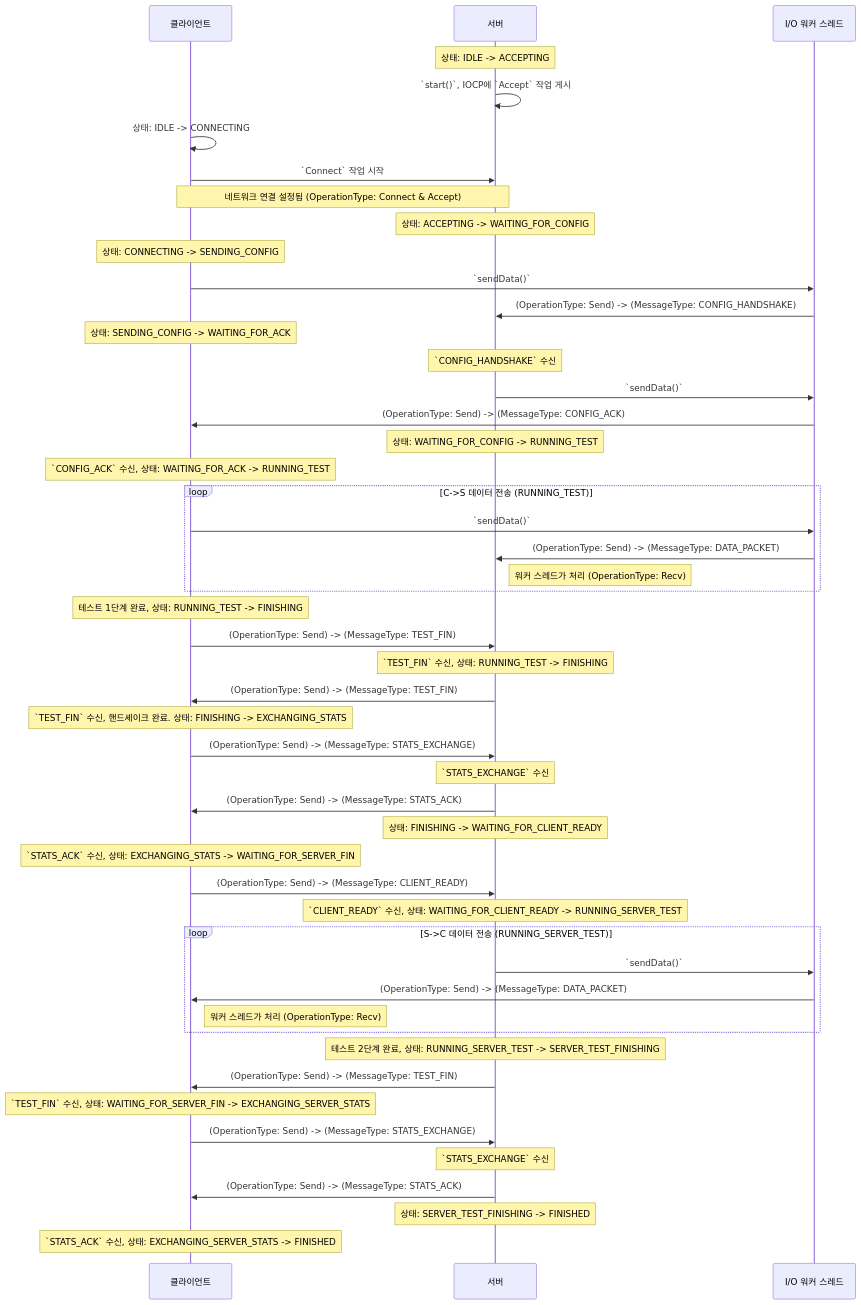
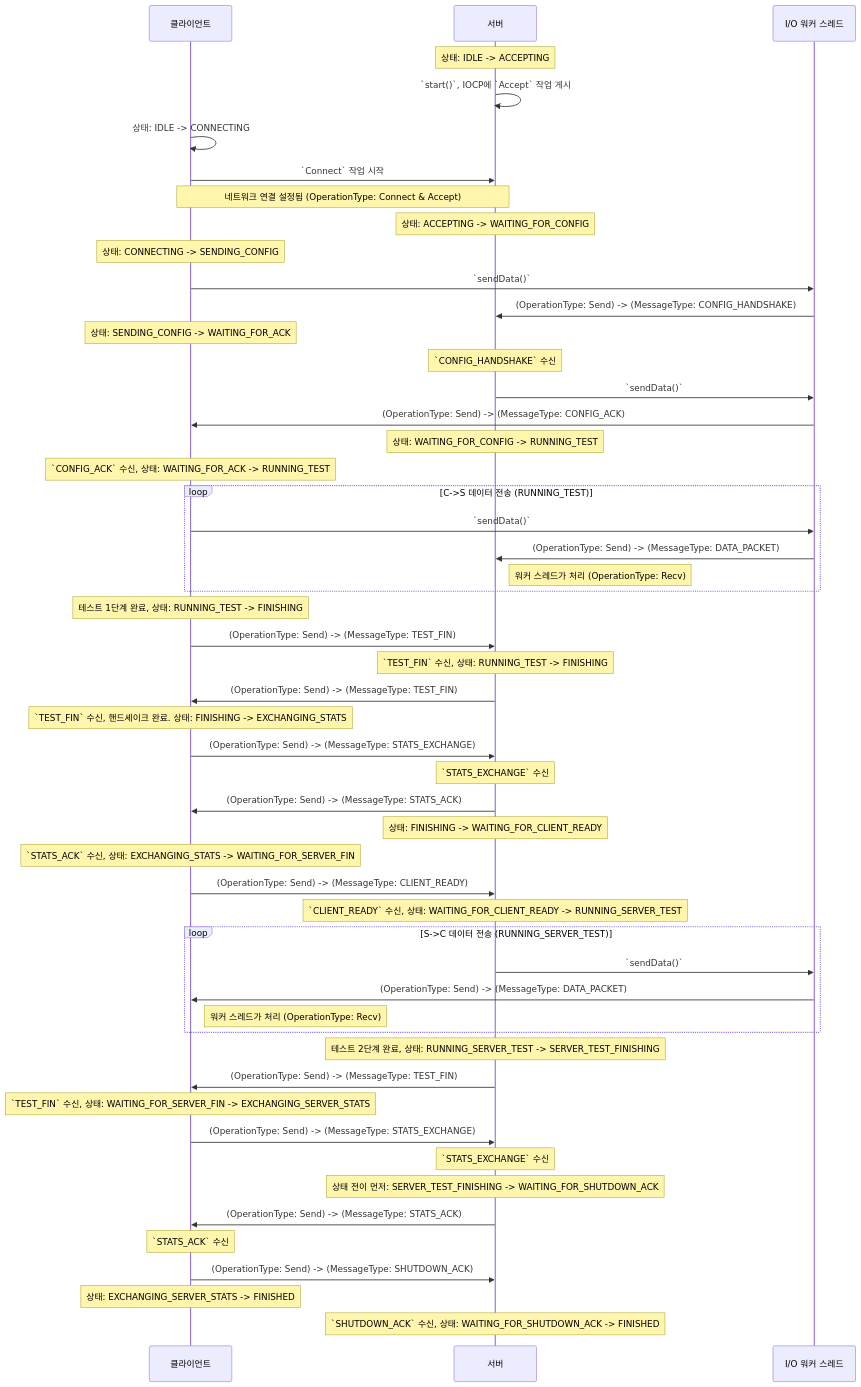
The diagram in MyIperf/UML/OperationType_MessageType_State.md (JunKIM2603a/MyIperf), drawn with Mermaid before and after one commit. The commit also changed other lines of this file and 17 other files, not shown here.

````diff
--- a/MyIperf/UML/OperationType_MessageType_State.md
+++ b/MyIperf/UML/OperationType_MessageType_State.md
@@ -57,61 +63,65 @@
 ```mermaid
 sequenceDiagram
     participant C as 클라이언트
     participant S as 서버
     participant IOCP as I/O 워커 스레드
 
     Note over S: 상태: IDLE -> ACCEPTING
     S->>S: `start()`, IOCP에 `Accept` 작업 게시
     C->>C: 상태: IDLE -> CONNECTING
     C->>S: `Connect` 작업 시작
     Note over C,S: 네트워크 연결 설정됨 (OperationType: Connect & Accept)
     Note over S: 상태: ACCEPTING -> WAITING_FOR_CONFIG
     Note over C: 상태: CONNECTING -> SENDING_CONFIG
 
     C->>IOCP: `sendData()`
     IOCP->>S: (OperationType: Send) -> (MessageType: CONFIG_HANDSHAKE)
     Note over C: 상태: SENDING_CONFIG -> WAITING_FOR_ACK
     Note over S: `CONFIG_HANDSHAKE` 수신
 
     S->>IOCP: `sendData()`
     IOCP->>C: (OperationType: Send) -> (MessageType: CONFIG_ACK)
     Note over S: 상태: WAITING_FOR_CONFIG -> RUNNING_TEST
     Note over C: `CONFIG_ACK` 수신, 상태: WAITING_FOR_ACK -> RUNNING_TEST
 
     loop C->S 데이터 전송 (RUNNING_TEST)
         C->>IOCP: `sendData()`
         IOCP->>S: (OperationType: Send) -> (MessageType: DATA_PACKET)
         Note right of S: 워커 스레드가 처리 (OperationType: Recv)
     end
 
     Note over C: 테스트 1단계 완료, 상태: RUNNING_TEST -> FINISHING
     C->>S: (OperationType: Send) -> (MessageType: TEST_FIN)
     Note over S: `TEST_FIN` 수신, 상태: RUNNING_TEST -> FINISHING
     S->>C: (OperationType: Send) -> (MessageType: TEST_FIN)
     Note over C: `TEST_FIN` 수신, 핸드셰이크 완료. 상태: FINISHING -> EXCHANGING_STATS
 
     C->>S: (OperationType: Send) -> (MessageType: STATS_EXCHANGE)
     Note over S: `STATS_EXCHANGE` 수신
     S->>C: (OperationType: Send) -> (MessageType: STATS_ACK)
     Note over S: 상태: FINISHING -> WAITING_FOR_CLIENT_READY
     Note over C: `STATS_ACK` 수신, 상태: EXCHANGING_STATS -> WAITING_FOR_SERVER_FIN
 
     C->>S: (OperationType: Send) -> (MessageType: CLIENT_READY)
     Note over S: `CLIENT_READY` 수신, 상태: WAITING_FOR_CLIENT_READY -> RUNNING_SERVER_TEST
 
     loop S->C 데이터 전송 (RUNNING_SERVER_TEST)
         S->>IOCP: `sendData()`
         IOCP->>C: (OperationType: Send) -> (MessageType: DATA_PACKET)
         Note right of C: 워커 스레드가 처리 (OperationType: Recv)
     end
 
     Note over S: 테스트 2단계 완료, 상태: RUNNING_SERVER_TEST -> SERVER_TEST_FINISHING
     S->>C: (OperationType: Send) -> (MessageType: TEST_FIN)
     Note over C: `TEST_FIN` 수신, 상태: WAITING_FOR_SERVER_FIN -> EXCHANGING_SERVER_STATS
 
     C->>S: (OperationType: Send) -> (MessageType: STATS_EXCHANGE)
     Note over S: `STATS_EXCHANGE` 수신
+    Note over S: 상태 전이 먼저: SERVER_TEST_FINISHING -> WAITING_FOR_SHUTDOWN_ACK
     S->>C: (OperationType: Send) -> (MessageType: STATS_ACK)
-    Note over S: 상태: SERVER_TEST_FINISHING -> FINISHED
-    Note over C: `STATS_ACK` 수신, 상태: EXCHANGING_SERVER_STATS -> FINISHED
+    
+    Note over C: `STATS_ACK` 수신
+    C->>S: (OperationType: Send) -> (MessageType: SHUTDOWN_ACK)
+    Note over C: 상태: EXCHANGING_SERVER_STATS -> FINISHED
+    Note over S: `SHUTDOWN_ACK` 수신, 상태: WAITING_FOR_SHUTDOWN_ACK -> FINISHED
 ```
````
